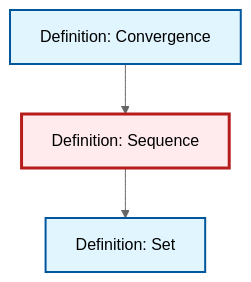
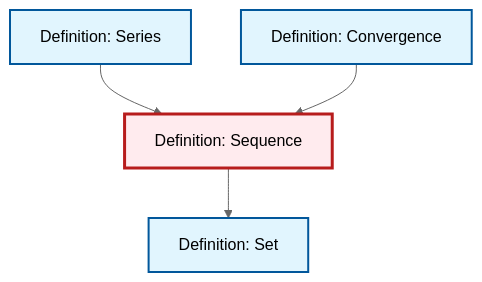
The diagram in content/en/analysis/def-sequence.qmd (RK0429/ModernMath), drawn with Mermaid (neutral theme) before and after one commit. The commit also changed 474 other files, not shown here.

````diff
--- a/content/en/analysis/def-sequence.qmd
+++ b/content/en/analysis/def-sequence.qmd
@@ -74,17 +74,20 @@
 ```{mermaid}
 %%| fig-cap: "Local dependency graph"
 graph TD
     classDef definition fill:#e1f5fe,stroke:#01579b,stroke-width:2px
     classDef theorem fill:#f3e5f5,stroke:#4a148c,stroke-width:2px
     classDef axiom fill:#fff3e0,stroke:#e65100,stroke-width:2px
     classDef example fill:#e8f5e9,stroke:#1b5e20,stroke-width:2px
     classDef current fill:#ffebee,stroke:#b71c1c,stroke-width:3px
-    def-set["Definition: Set"]:::definition
+    def-series["Definition: Series"]:::definition
     def-sequence["Definition: Sequence"]:::definition
     def-convergence["Definition: Convergence"]:::definition
+    def-set["Definition: Set"]:::definition
+    def-series --> def-sequence
     def-sequence --> def-set
     def-convergence --> def-sequence
     class def-sequence current
+    click def-series "def-series.html" "Go to Series definition"
+    click def-convergence "def-convergence.html" "Go to Convergence definition"
     click def-set "def-set.html" "Go to Set definition"
-    click def-convergence "def-convergence.html" "Go to Convergence definition"
 ```
````
